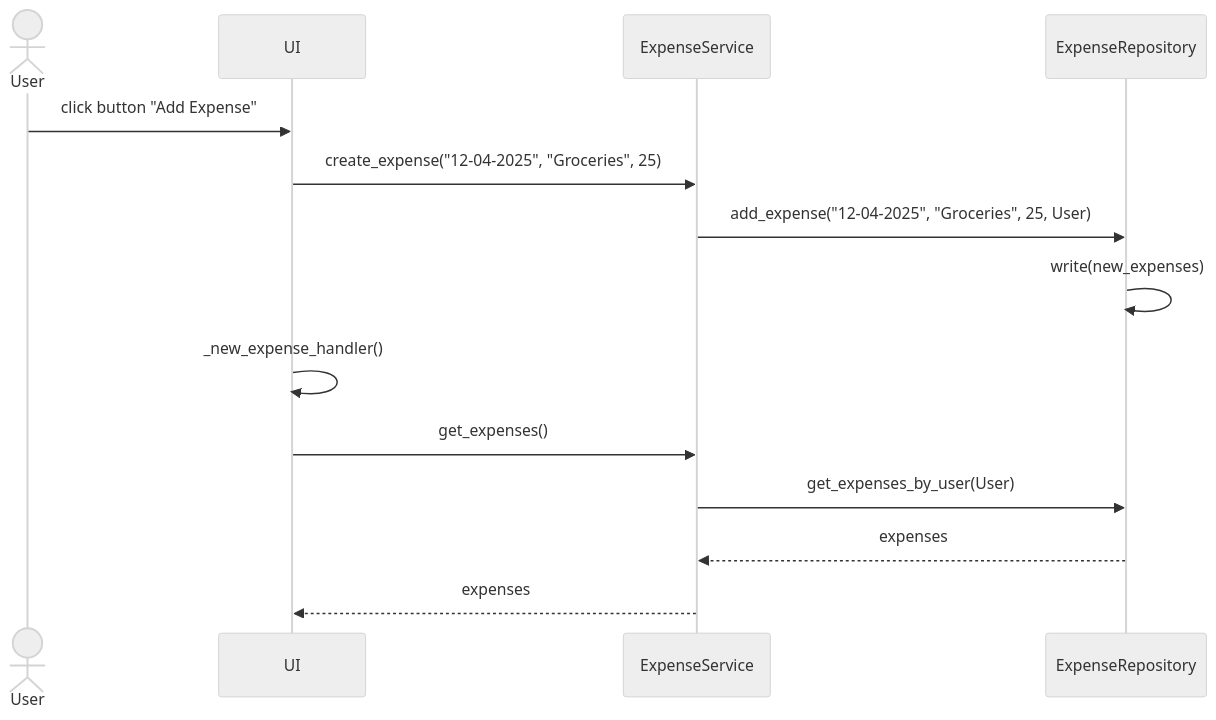
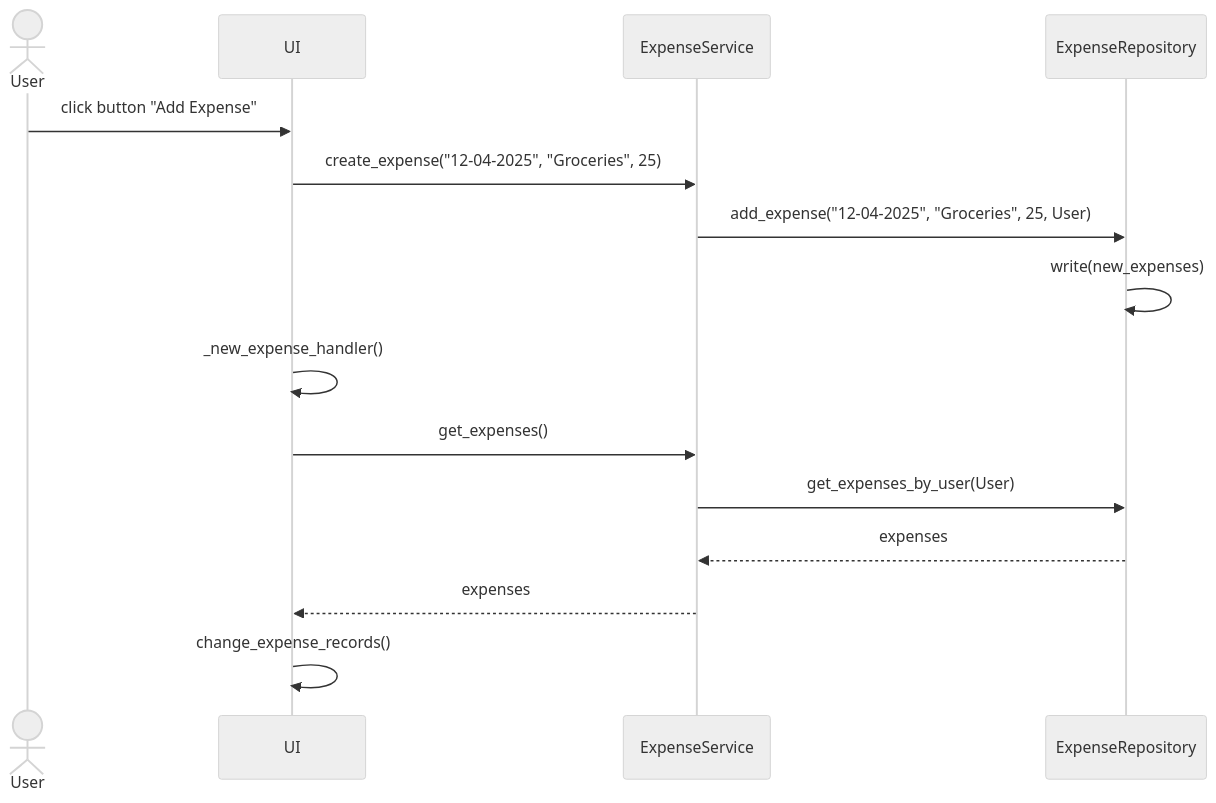
The third of 4 diagrams in dokumentaatio/arkkitehtuuri.md (n1k1k/ot-harjoitustyo-2025), drawn with Mermaid (neutral theme) before and after one commit. The commit also changed other lines of this file, not shown here.

````diff
--- a/dokumentaatio/arkkitehtuuri.md
+++ b/dokumentaatio/arkkitehtuuri.md
@@ -95,14 +107,15 @@
 ```mermaid
 sequenceDiagram
     actor User
     User->>UI:click button "Add Expense"
     UI->> ExpenseService: create_expense("12-04-2025", "Groceries", 25)
     ExpenseService->>ExpenseRepository: add_expense("12-04-2025", "Groceries", 25, User)
     ExpenseRepository->>ExpenseRepository: write(new_expenses)
 
     UI->> UI: _new_expense_handler()
     UI->> ExpenseService: get_expenses()
     ExpenseService->>ExpenseRepository: get_expenses_by_user(User)
     ExpenseRepository -->> ExpenseService: expenses
     ExpenseService -->> UI: expenses
+    UI ->> UI: change_expense_records()
 ```
````
